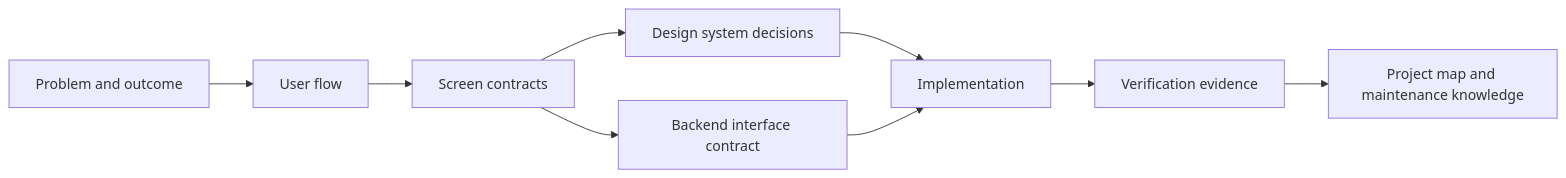
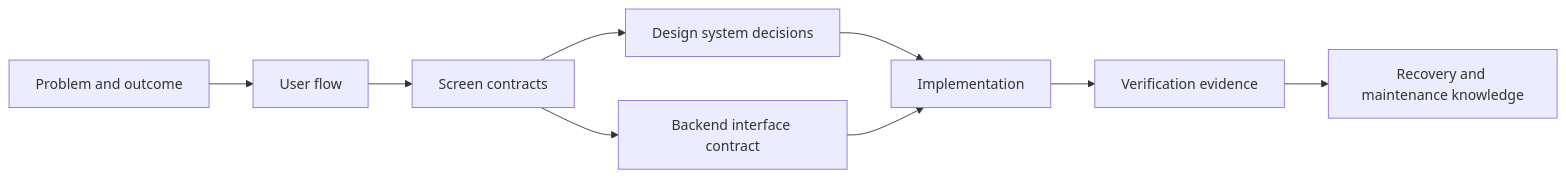
One commit to tomtomjskim/stackforge-atlas changed the diagram in README.md. Above: the diagram before and after it, drawn with Mermaid. The commit also changed other lines of this file and 30 other files, not shown here.

````diff
--- a/README.md
+++ b/README.md
@@ -42,11 +42,11 @@
 ```mermaid
 flowchart LR
     A[Problem and outcome] --> B[User flow]
     B --> C[Screen contracts]
     C --> D[Design system decisions]
     C --> E[Backend interface contract]
     D --> F[Implementation]
     E --> F
     F --> G[Verification evidence]
-    G --> H[Project map and maintenance knowledge]
+    G --> H[Recovery and maintenance knowledge]
 ```
````
